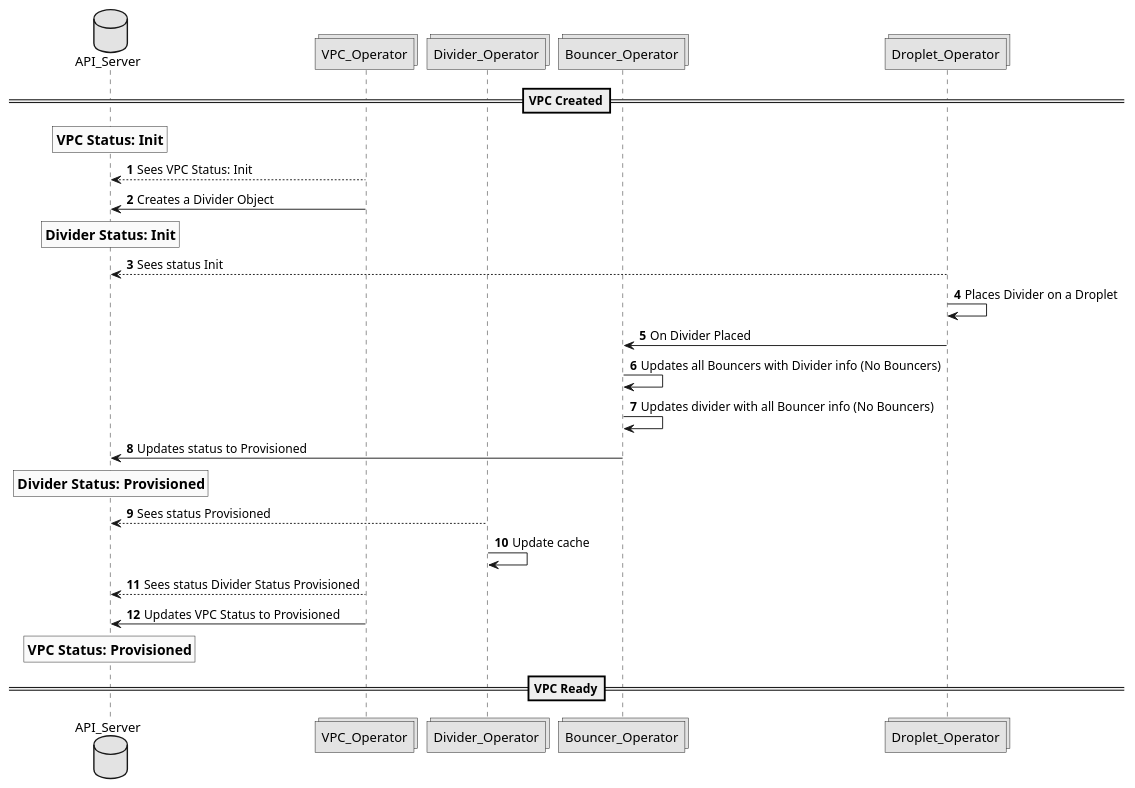
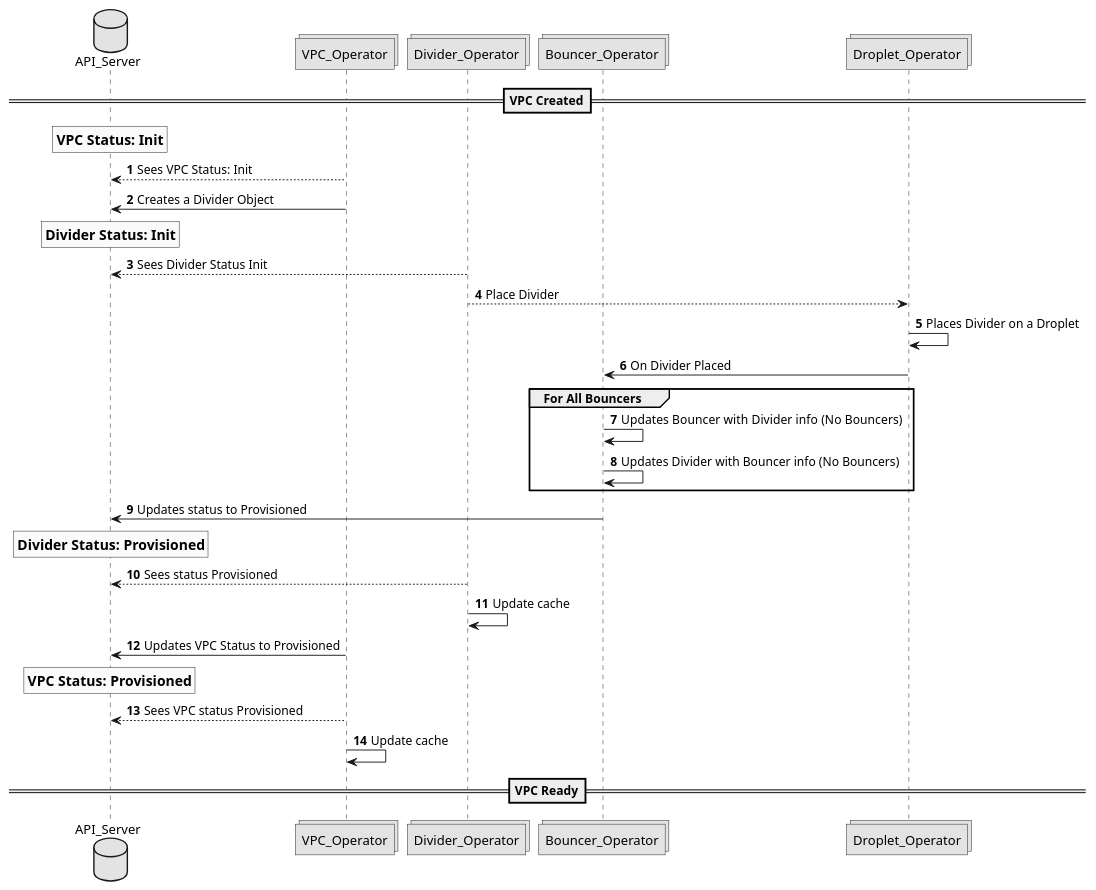
One commit to CentaurusInfra/mizar changed the diagram in Documentation/design/figures/create_vpc_workflow.puml. Above: the diagram before and after it, drawn with PlantUML. The commit also changed 4 other files, not shown here.

Commit message:
Updated create workflow diagrams for clarity

```diff
--- a/Documentation/design/figures/create_vpc_workflow.puml
+++ b/Documentation/design/figures/create_vpc_workflow.puml
@@ -1,32 +1,34 @@
 @startuml
 
 skinparam monochrome true
 autonumber
 database API_Server
 collections VPC_Operator
 collections Divider_Operator
 collections Bouncer_Operator
 collections Droplet_Operator
 
 ==VPC Created==
 rnote over API_Server: ==VPC Status: Init
 VPC_Operator --> API_Server: Sees VPC Status: Init
 VPC_Operator -> API_Server: Creates a Divider Object
 rnote over API_Server: ==Divider Status: Init
-
-Droplet_Operator --> API_Server: Sees status Init
+Divider_Operator --> API_Server: Sees Divider Status Init
+Divider_Operator --> Droplet_Operator: Place Divider
 Droplet_Operator -> Droplet_Operator: Places Divider on a Droplet
 Droplet_Operator -> Bouncer_Operator: On Divider Placed
-
-Bouncer_Operator -> Bouncer_Operator: Updates all Bouncers with Divider info (No Bouncers)
-Bouncer_Operator -> Bouncer_Operator: Updates divider with all Bouncer info (No Bouncers)
+group For All Bouncers
+Bouncer_Operator -> Bouncer_Operator: Updates  Bouncer with Divider info (No Bouncers)
+Bouncer_Operator -> Bouncer_Operator: Updates Divider with Bouncer info (No Bouncers)
+end
 Bouncer_Operator -> API_Server: Updates status to Provisioned
 rnote over API_Server: ==Divider Status: Provisioned
 Divider_Operator --> API_Server: Sees status Provisioned
 Divider_Operator -> Divider_Operator: Update cache
-VPC_Operator --> API_Server : Sees status Divider Status Provisioned
 VPC_Operator -> API_Server : Updates VPC Status to Provisioned
 rnote over API_Server: ==VPC Status: Provisioned
+VPC_Operator --> API_Server: Sees VPC status Provisioned
+VPC_Operator -> VPC_Operator: Update cache
 ==VPC Ready==
 
 @enduml
```
